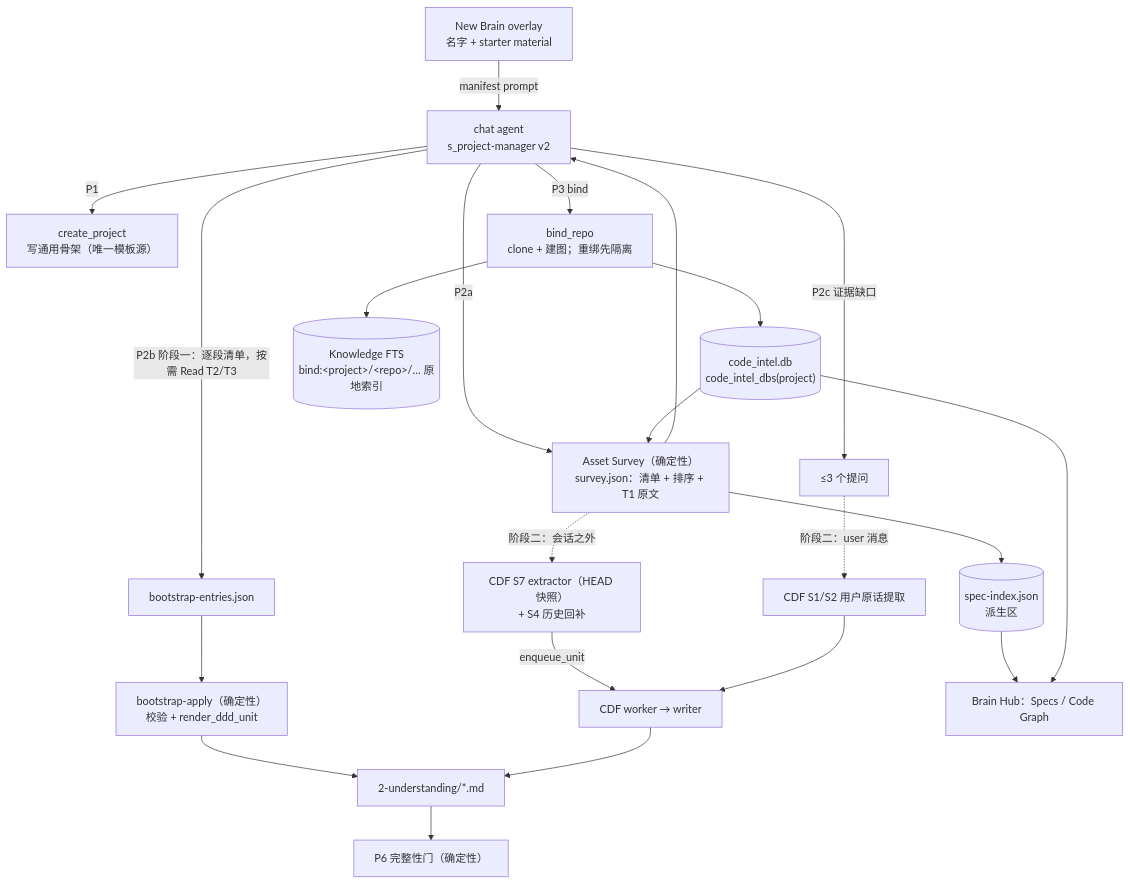
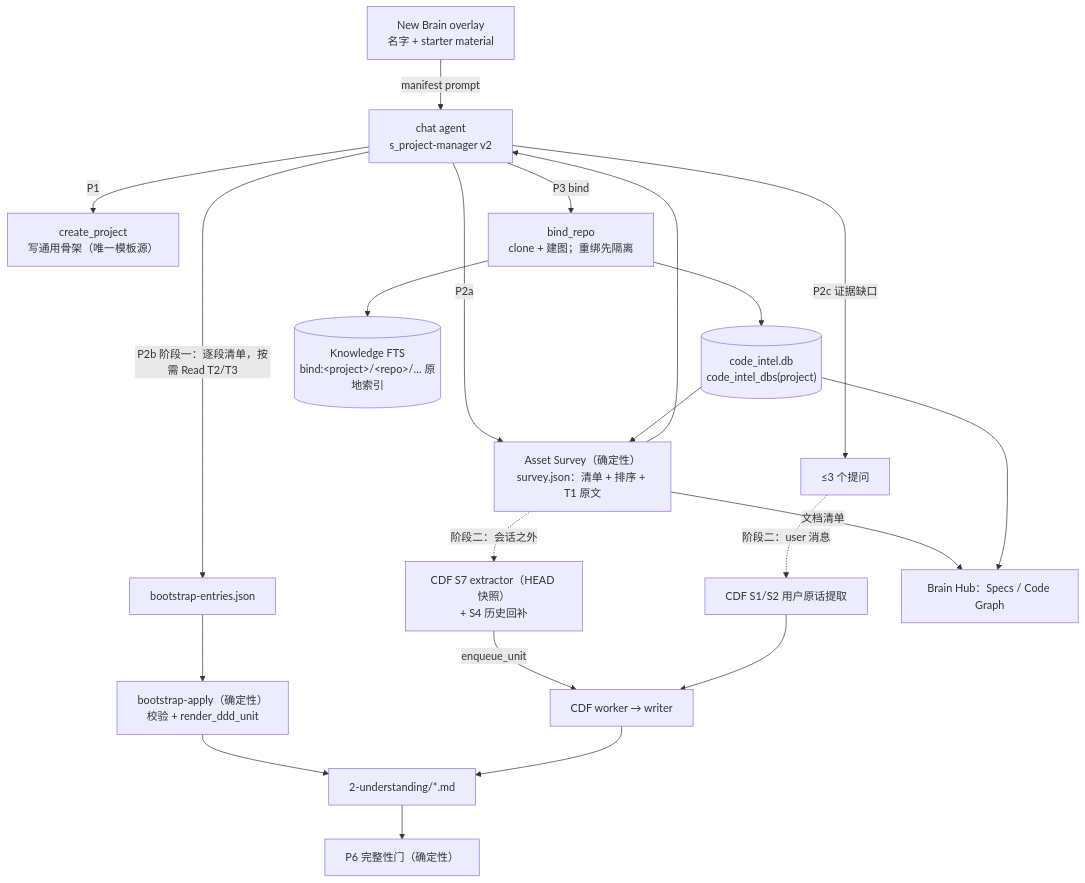
The diagram in docs/design/2026-10-27-new-brain-initial-ddd.md (xg-gh-25/SwarmAI), drawn with Mermaid before and after one commit. The commit also changed other lines of this file, not shown here.

Commit message:
docs(design): New Brain initial DDD r3 - CDF change list owned here (C1-C11), code-intel.json and spec-details leave the product

````diff
--- a/docs/design/2026-10-27-new-brain-initial-ddd.md
+++ b/docs/design/2026-10-27-new-brain-initial-ddd.md
@@ -112,21 +112,21 @@
 ```mermaid
 flowchart TB
   UI["New Brain overlay<br/>名字 + starter material"] -->|manifest prompt| AG["chat agent<br/>s_project-manager v2"]
   AG -->|P1| CR["create_project<br/>写通用骨架（唯一模板源）"]
   AG -->|P3 bind| BD["bind_repo<br/>clone + 建图；重绑先隔离"]
   BD --> CG[("code_intel.db<br/>code_intel_dbs(project)")]
   BD --> DI[("Knowledge FTS<br/>bind:&lt;project&gt;/&lt;repo&gt;/… 原地索引")]
   AG -->|P2a| SV["Asset Survey（确定性）<br/>survey.json：清单 + 排序 + T1 原文"]
   CG --> SV
   SV --> AG
   AG -->|"P2b 阶段一：逐段清单，按需 Read T2/T3"| BE["bootstrap-entries.json"]
   AG -->|P2c 证据缺口| Q["≤3 个提问"]
   BE --> RD["bootstrap-apply（确定性）<br/>校验 + render_ddd_unit"]
   RD --> DDD["2-understanding/*.md"]
   SV -.->|"阶段二：会话之外"| S7["CDF S7 extractor（HEAD 快照）<br/>+ S4 历史回补"]
   S7 -->|enqueue_unit| W["CDF worker → writer"] --> DDD
   Q -.->|"阶段二：user 消息"| S12["CDF S1/S2 用户原话提取"] --> W
   DDD --> P6["P6 完整性门（确定性）"]
-  SV --> SI[("spec-index.json<br/>派生区")] --> HUB["Brain Hub：Specs / Code Graph"]
+  SV -->|文档清单| HUB["Brain Hub：Specs / Code Graph"]
   CG --> HUB
 ```
````
